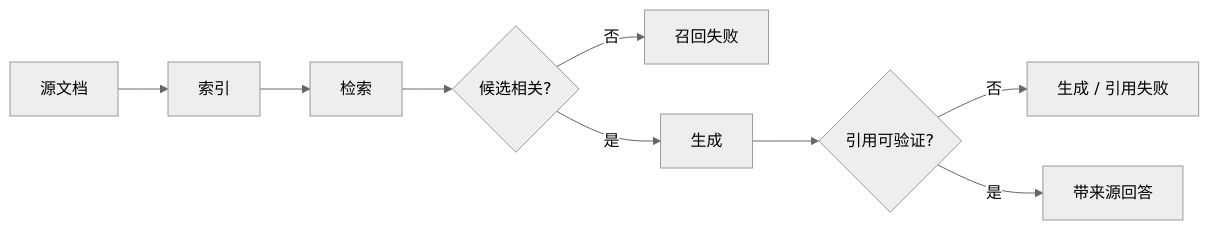
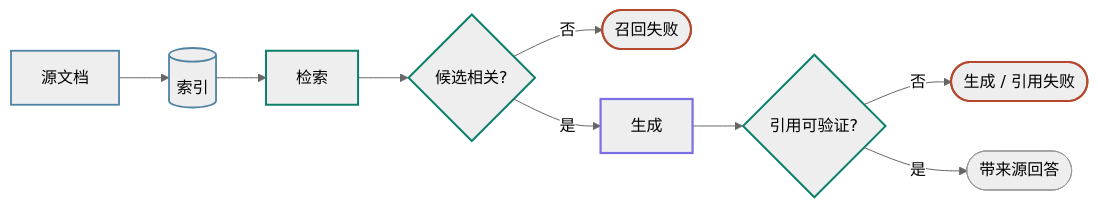
Before and after one commit to lance2016/ai-app-engineering: the second of 2 diagrams in lessons/rag-end-to-end/README.md, drawn with Mermaid (neutral theme). The commit also changed 21 other files, not shown here.

````diff
--- a/lessons/rag-end-to-end/README.md
+++ b/lessons/rag-end-to-end/README.md
@@ -64,11 +64,19 @@
 ```mermaid
 flowchart LR
-    S[源文档] --> I[索引]
+    classDef model stroke:#7c6ee6,stroke-width:2.2px
+    classDef runtime stroke:#0d806b,stroke-width:2px
+    classDef data stroke:#4e83a3,stroke-width:1.8px
+    classDef risk stroke:#b5472d,stroke-width:2px
+    S[源文档] --> I[(索引)]
     I --> Q[检索]
     Q --> C{候选相关?}
-    C -- 否 --> F1[召回失败]
+    C -- 否 --> F1([召回失败])
     C -- 是 --> G[生成]
     G --> V{引用可验证?}
-    V -- 否 --> F2[生成 / 引用失败]
-    V -- 是 --> O[带来源回答]
+    V -- 否 --> F2([生成 / 引用失败])
+    V -- 是 --> O([带来源回答])
+    class S,I data
+    class Q,C,V runtime
+    class G model
+    class F1,F2 risk
 ```
````
